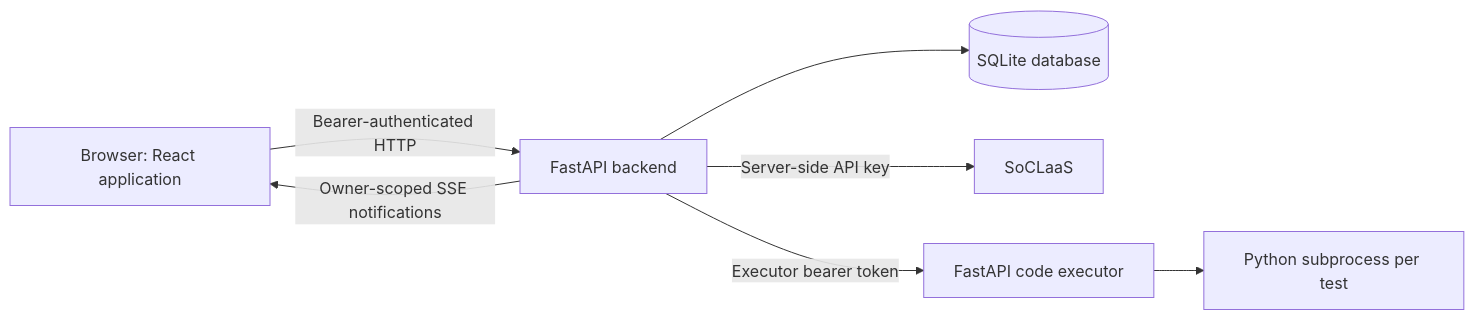
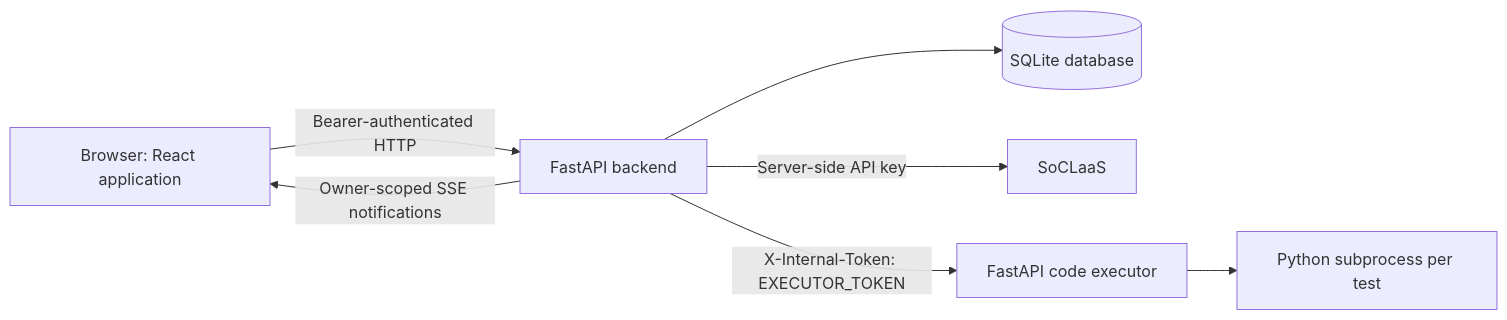
One commit to CS3227-2610-MP4-CodeIt/CS3227-2610-MP4 changed the first of 3 diagrams in docs/DeveloperGuide.md. Above: the diagram before and after it, drawn with Mermaid. The commit also changed other lines of this file, not shown here.

````diff
--- a/docs/DeveloperGuide.md
+++ b/docs/DeveloperGuide.md
@@ -19,9 +19,9 @@
 ```mermaid
 flowchart LR
     Browser[Browser: React application] -->|Bearer-authenticated HTTP| API[FastAPI backend]
     API -->|Owner-scoped SSE notifications| Browser
     API --> DB[(SQLite database)]
     API -->|Server-side API key| LLM[SoCLaaS]
-    API -->|Executor bearer token| Judge[FastAPI code executor]
+    API -->|X-Internal-Token: EXECUTOR_TOKEN| Judge[FastAPI code executor]
     Judge --> Child[Python subprocess per test]
 ```
````
